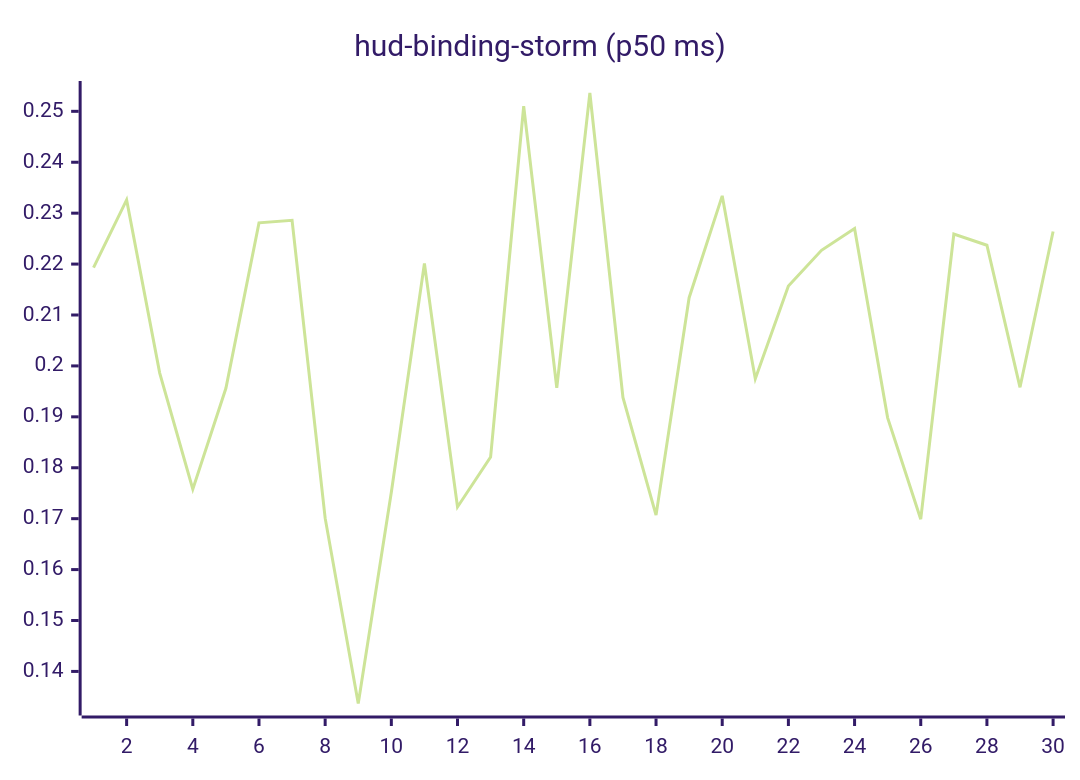
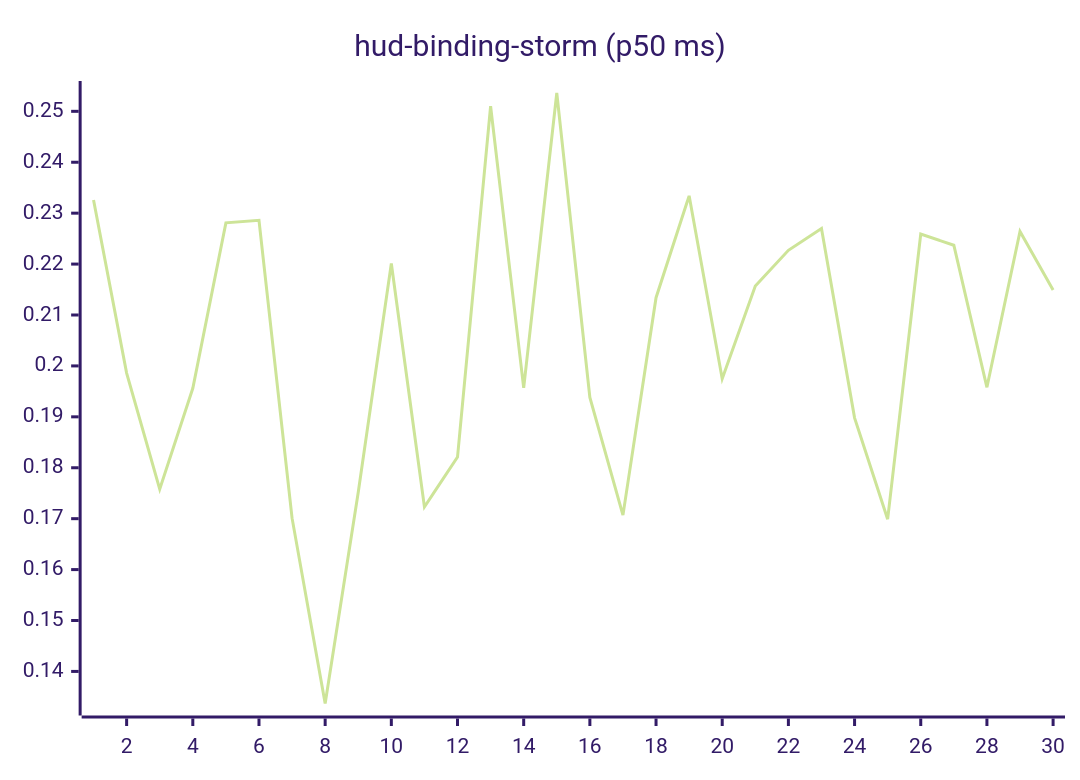
The tenth of 27 diagrams in README.md (josha/Facet), drawn with Mermaid (forest theme) before and after one commit. The commit also changed other lines of this file and 2 other files, not shown here.

````diff
--- a/README.md
+++ b/README.md
@@ -126,6 +126,6 @@
 ```mermaid
 xychart-beta
     title "hud-binding-storm (p50 ms)"
     x-axis 1 --> 30
-    line [0.2193, 0.2326, 0.1986, 0.1758, 0.1956, 0.2281, 0.2286, 0.1701, 0.1337, 0.1752, 0.2201, 0.1723, 0.1821, 0.2510, 0.1957, 0.2536, 0.1938, 0.1707, 0.2134, 0.2334, 0.1975, 0.2157, 0.2227, 0.2270, 0.1898, 0.1699, 0.2259, 0.2237, 0.1958, 0.2264]
+    line [0.2326, 0.1986, 0.1758, 0.1956, 0.2281, 0.2286, 0.1701, 0.1337, 0.1752, 0.2201, 0.1723, 0.1821, 0.2510, 0.1957, 0.2536, 0.1938, 0.1707, 0.2134, 0.2334, 0.1975, 0.2157, 0.2227, 0.2270, 0.1898, 0.1699, 0.2259, 0.2237, 0.1958, 0.2264, 0.2149]
 ```
````
